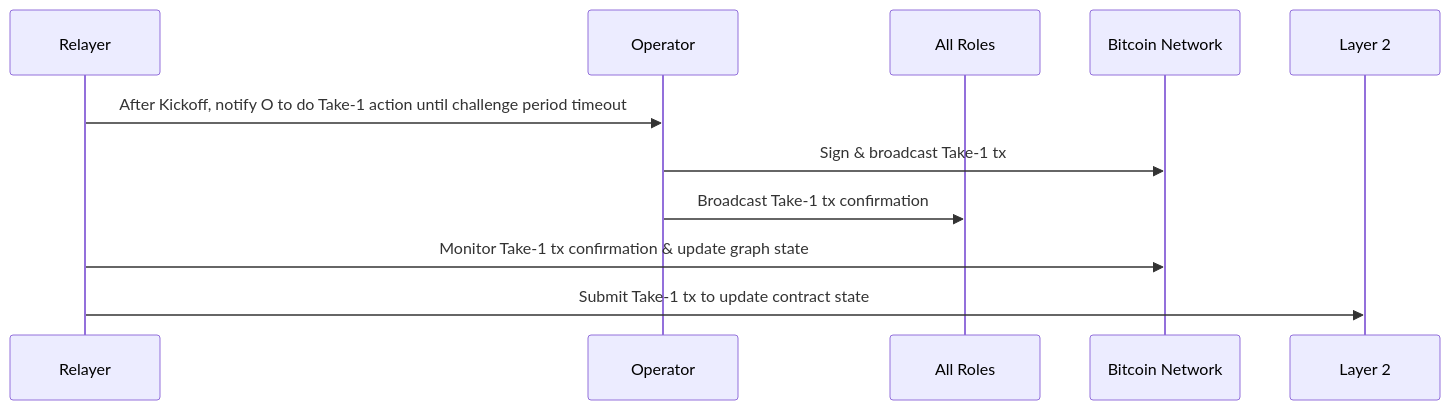
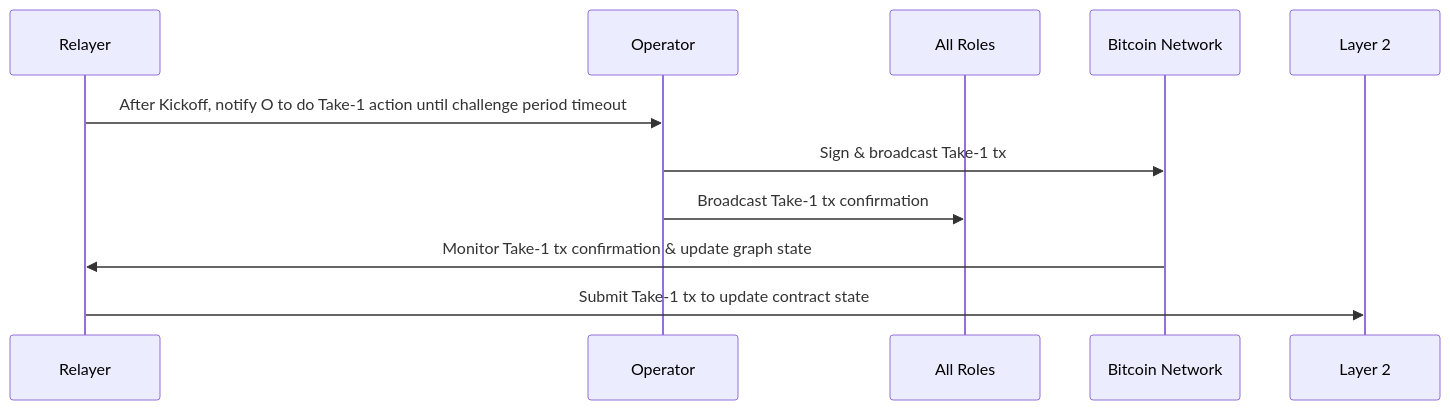
The fourth of 6 diagrams in README.md (jackDev221/bitvm2-node), drawn with Mermaid before and after one commit. The commit also changed other lines of this file, not shown here.

````diff
--- a/README.md
+++ b/README.md
@@ -76,14 +102,14 @@
 ```mermaid
 sequenceDiagram
     participant R as Relayer
     participant O as Operator
     participant A as All Roles
     participant B as Bitcoin Network
     participant L2 as Layer 2
 
     R->>O: After Kickoff, notify O to do Take-1 action until challenge period timeout
     O->>B: Sign & broadcast Take-1 tx
     O->>A: Broadcast Take-1 tx confirmation
-    R->>B: Monitor Take-1 tx confirmation & update graph state
+    B->>R: Monitor Take-1 tx confirmation & update graph state
     R->>L2: Submit Take-1 tx to update contract state
 ```
````
